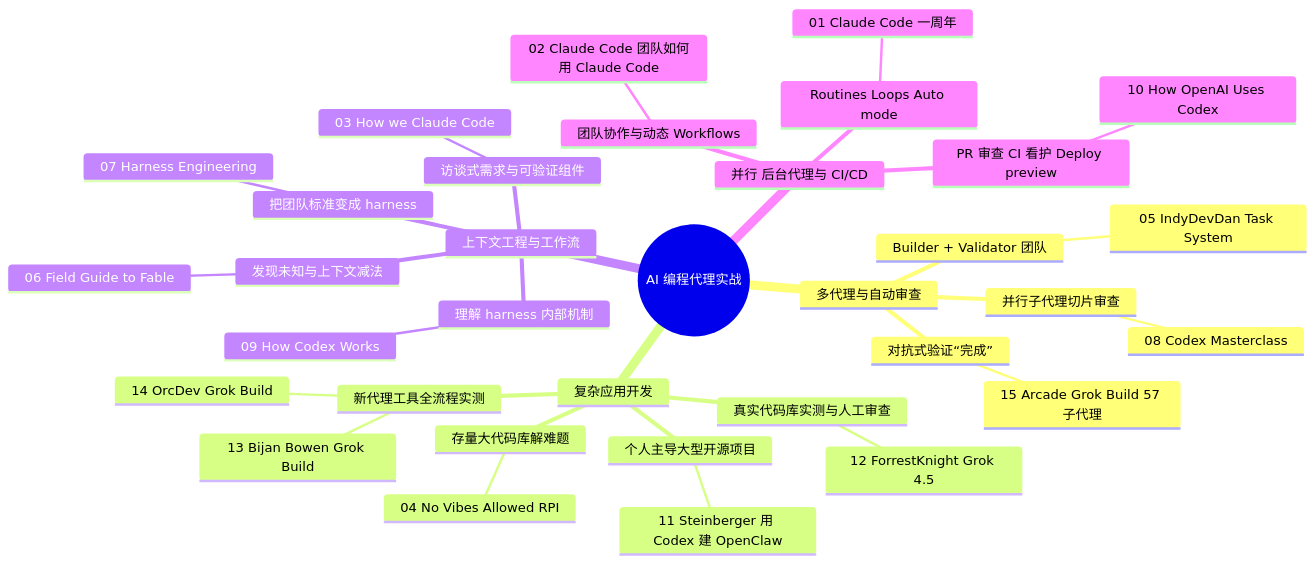
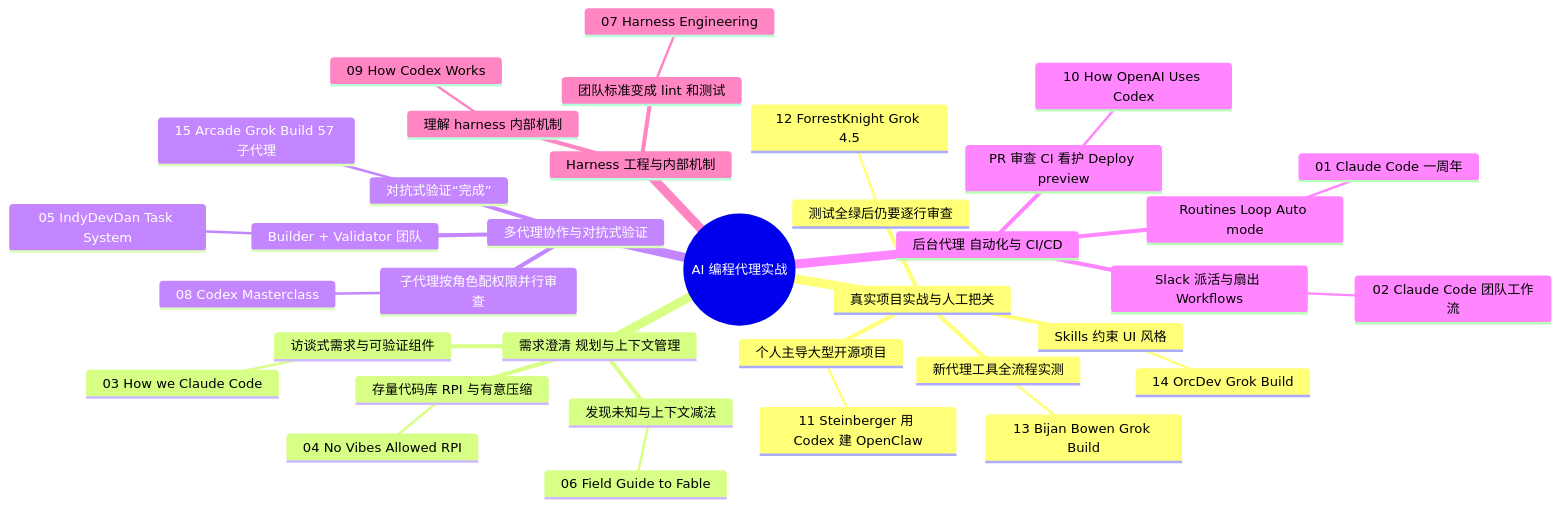
Before and after one commit to yzw7489757/ai-coding-videos: the diagram in docs/index.md, drawn with Mermaid. The commit also changed other lines of this file and 27 other files, not shown here.

````diff
--- a/docs/index.md
+++ b/docs/index.md
@@ -59,37 +65,39 @@
 ```mermaid
 mindmap
   root((AI 编程代理实战))
-    多代理与自动审查
-      Builder + Validator 团队
-        05 IndyDevDan Task System
-      并行子代理切片审查
-        08 Codex Masterclass
-      对抗式验证“完成”
-        15 Arcade Grok Build 57 子代理
-    复杂应用开发
-      存量大代码库解难题
-        04 No Vibes Allowed RPI
+    真实项目实战与人工把关
       个人主导大型开源项目
         11 Steinberger 用 Codex 建 OpenClaw
-      真实代码库实测与人工审查
-        12 ForrestKnight Grok 4.5
+      Skills 约束 UI 风格
+        14 OrcDev Grok Build
       新代理工具全流程实测
         13 Bijan Bowen Grok Build
-        14 OrcDev Grok Build
-    上下文工程与工作流
+      测试全绿后仍要逐行审查
+        12 ForrestKnight Grok 4.5
+    需求澄清 规划与上下文管理
       访谈式需求与可验证组件
         03 How we Claude Code
       发现未知与上下文减法
         06 Field Guide to Fable
-      把团队标准变成 harness
-        07 Harness Engineering
+      存量代码库 RPI 与有意压缩
+        04 No Vibes Allowed RPI
+    多代理协作与对抗式验证
+      Builder + Validator 团队
+        05 IndyDevDan Task System
+      子代理按角色配权限并行审查
+        08 Codex Masterclass
+      对抗式验证“完成”
+        15 Arcade Grok Build 57 子代理
+    后台代理 自动化与 CI/CD
+      Routines Loop Auto mode
+        01 Claude Code 一周年
+      Slack 派活与扇出 Workflows
+        02 Claude Code 团队工作流
+      PR 审查 CI 看护 Deploy preview
+        10 How OpenAI Uses Codex
+    Harness 工程与内部机制
       理解 harness 内部机制
         09 How Codex Works
-    并行 后台代理与 CI/CD
-      Routines Loops Auto mode
-        01 Claude Code 一周年
-      团队协作与动态 Workflows
-        02 Claude Code 团队如何用 Claude Code
-      PR 审查 CI 看护 Deploy preview
-        10 How OpenAI Uses Codex
+      团队标准变成 lint 和测试
+        07 Harness Engineering
 ```
````
